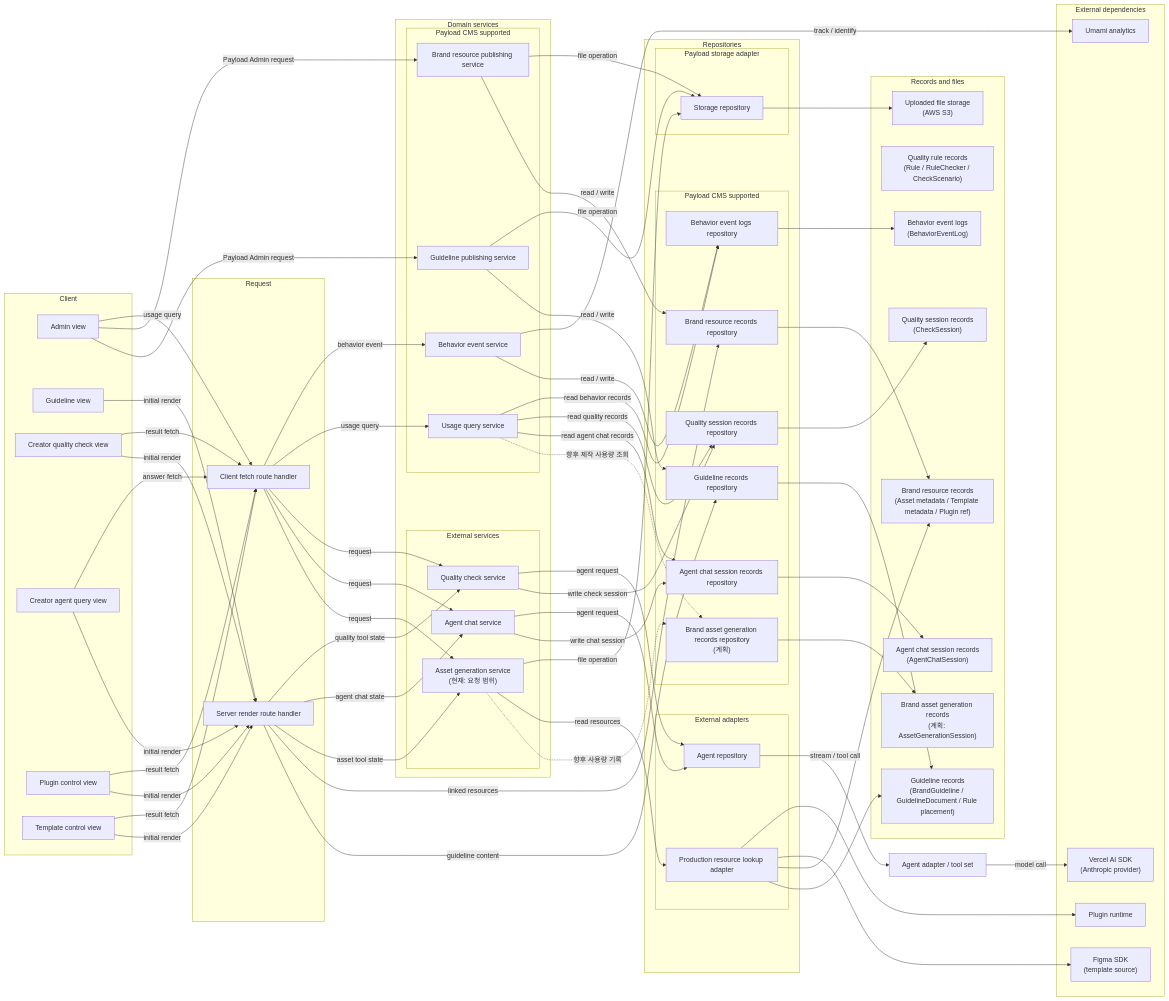
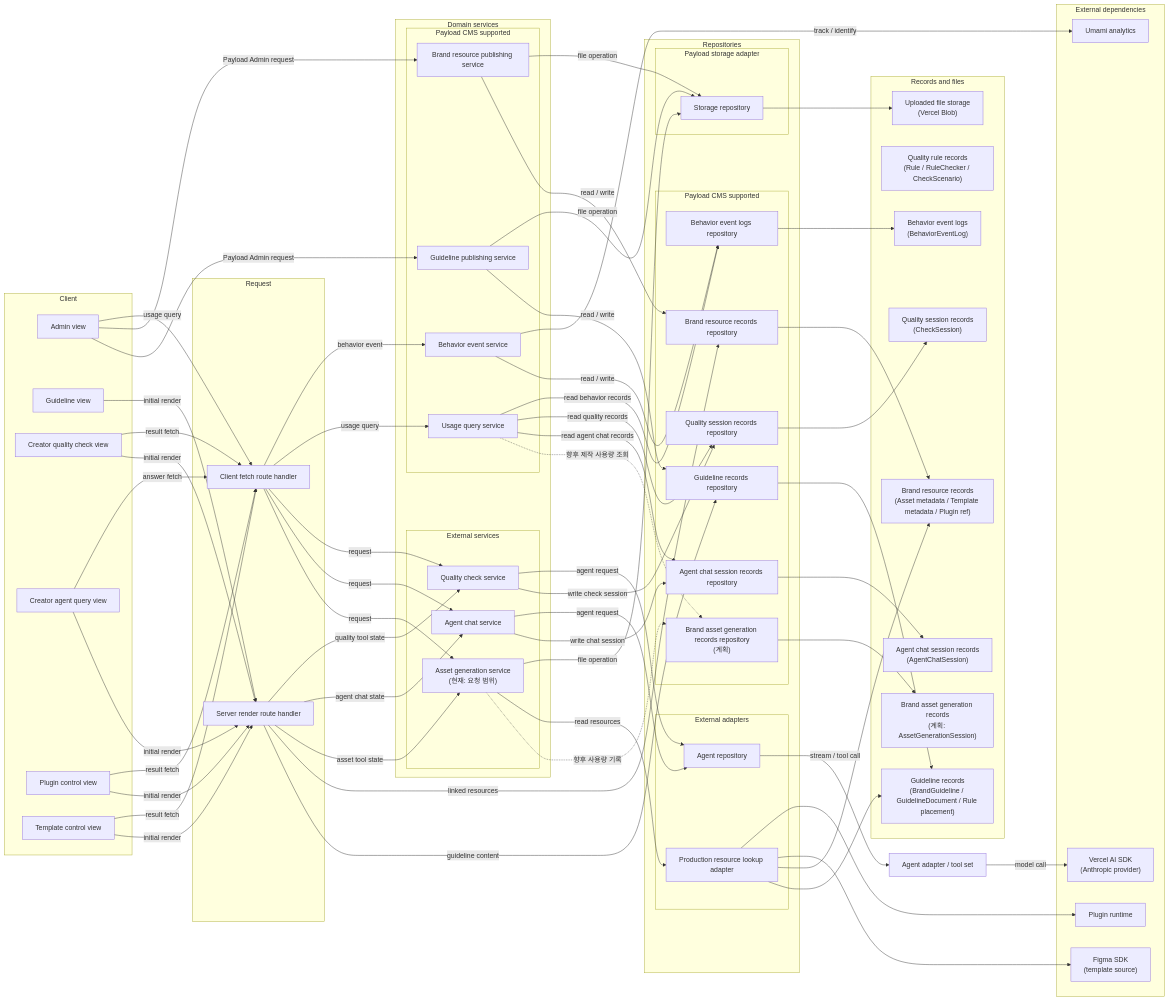
One commit to Living-Brand-System/living-brand-system changed the first of 8 diagrams in docs/05-system-architecture.md. Above: the diagram before and after it, drawn with Mermaid. The commit also changed 9 other files, not shown here.

```diff
--- a/docs/05-system-architecture.md
+++ b/docs/05-system-architecture.md
@@ -162,7 +162,7 @@
     AgentChatStore["Agent chat session records<br/>(AgentChatSession)"]
     QualityStore["Quality session records<br/>(CheckSession)"]
     BehaviorEventStore["Behavior event logs<br/>(BehaviorEventLog)"]
-    FileStorage["Uploaded file storage<br/>(AWS S3)"]
+    FileStorage["Uploaded file storage<br/>(Vercel Blob)"]
   end
 
   subgraph External["External dependencies"]
```
